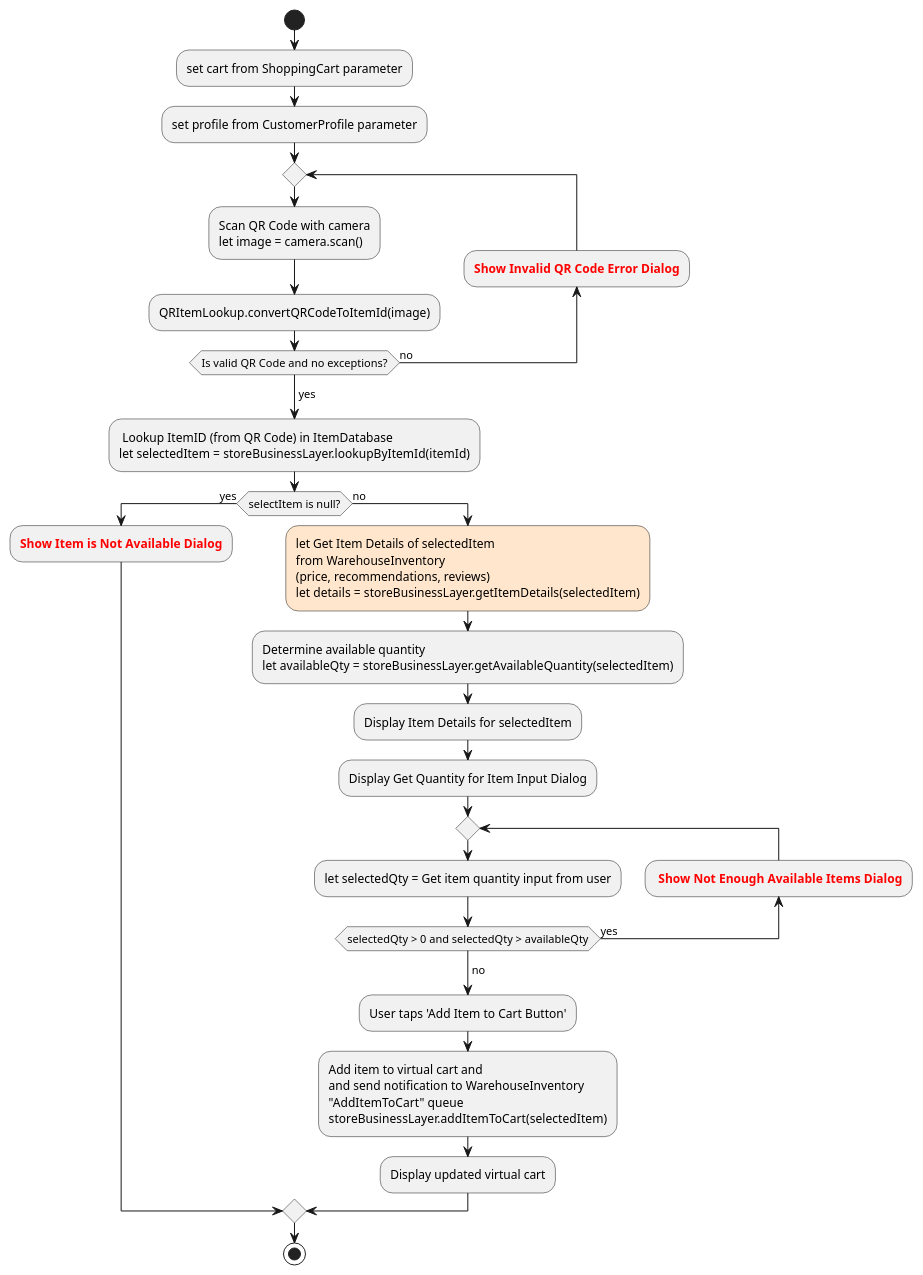
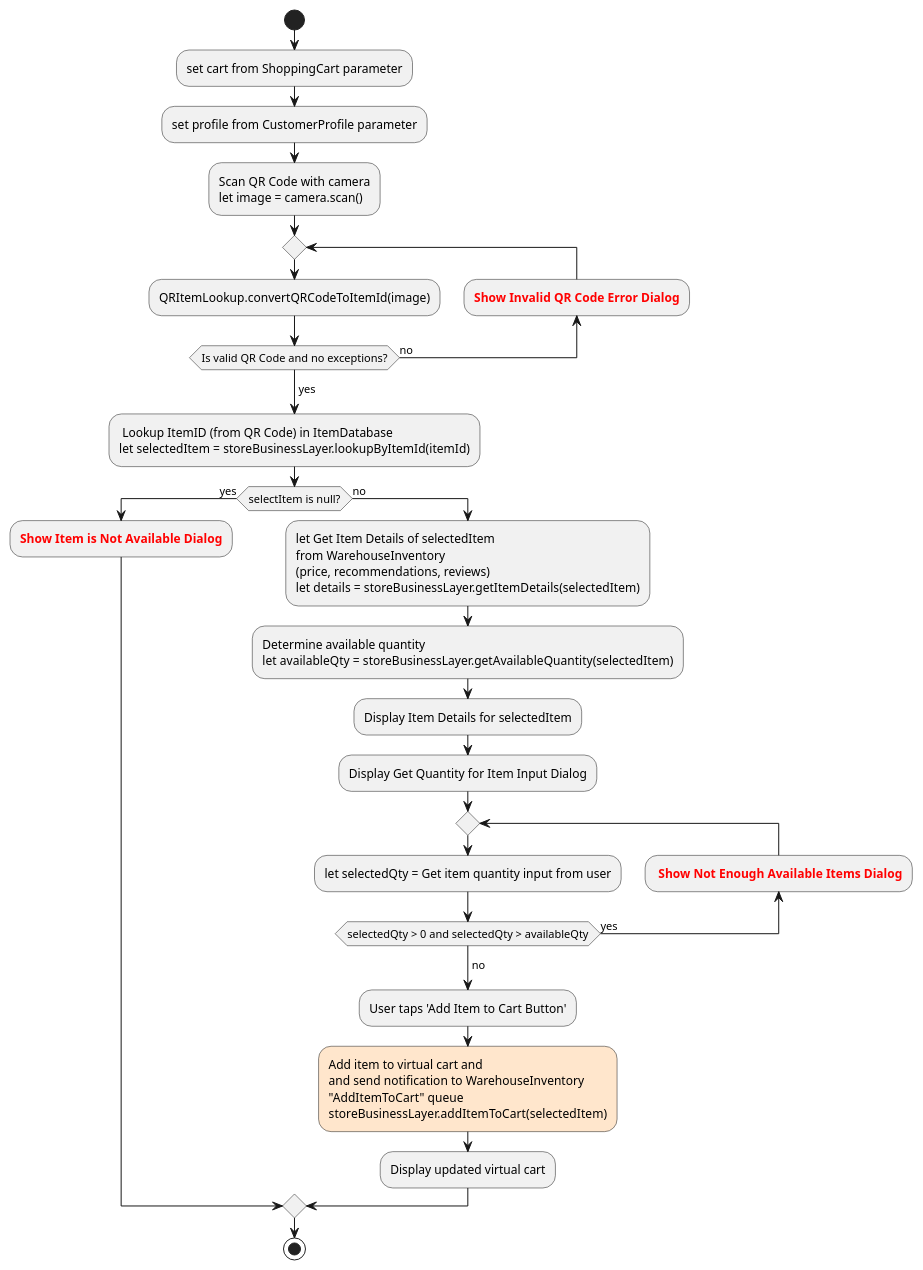
Before and after one commit to dalegaspi/bu-ms-s7-tp: the diagram in doc/activity/scan-item.puml, drawn with PlantUML. The commit also changed 1 other file, not shown here.

```diff
--- a/doc/activity/scan-item.puml
+++ b/doc/activity/scan-item.puml
@@ -1,40 +1,41 @@
 @startuml
 start
     :set cart from ShoppingCart parameter;
     :set profile from CustomerProfile parameter;
+    :Scan QR Code with camera
+    let image = camera.scan();
     repeat
-        :Scan QR Code with camera
-        let image = camera.scan();
+
         :QRItemLookup.convertQRCodeToItemId(image);
     backward :<color:#red>**Show Invalid QR Code Error Dialog**;
 
     repeat while (Is valid QR Code and no exceptions?) is (no)
         
     ->yes;
     : Lookup ItemID (from QR Code) in ItemDatabase
     let selectedItem = storeBusinessLayer.lookupByItemId(itemId);
     if (selectItem is null?) then (yes)
         :<color:#red>**Show Item is Not Available Dialog**;
     else (no)
-        #FFE6CC:let Get Item Details of selectedItem
+        :let Get Item Details of selectedItem
         from WarehouseInventory
         (price, recommendations, reviews)
         let details = storeBusinessLayer.getItemDetails(selectedItem);
         :Determine available quantity
         let availableQty = storeBusinessLayer.getAvailableQuantity(selectedItem);
         :Display Item Details for selectedItem;
         :Display Get Quantity for Item Input Dialog;
         repeat
             :let selectedQty = Get item quantity input from user;
             backward: <color:#red>**Show Not Enough Available Items Dialog**;
         repeat while (selectedQty > 0 and selectedQty > availableQty) is (yes)
         ->no;
         :User taps 'Add Item to Cart Button';
-        :Add item to virtual cart and
+        #FFE6CC:Add item to virtual cart and
         and send notification to WarehouseInventory
         "AddItemToCart" queue
         storeBusinessLayer.addItemToCart(selectedItem);
         :Display updated virtual cart;
     endif
     stop
 @enduml
```
